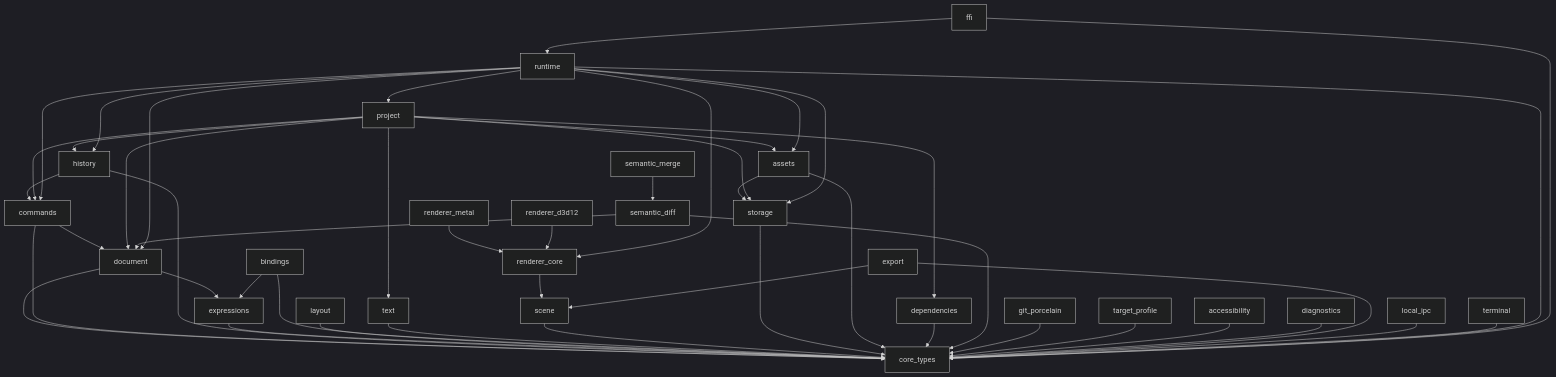
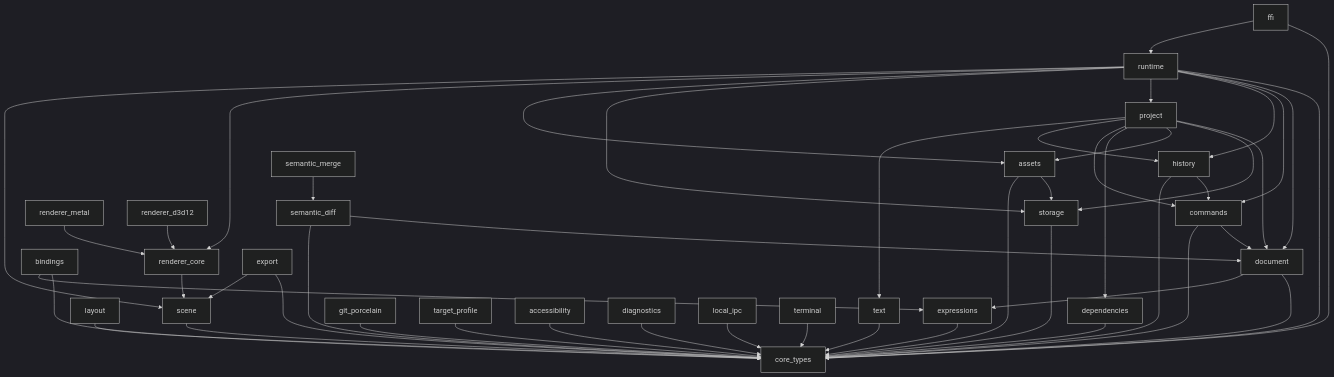
The diagram in docs/architecture/crate-dependency-graph.md (taeyoon0137/project-stellar), drawn with Mermaid (dark theme) before and after one commit. The commit also changed other lines of this file and 21 other files, not shown here.

````diff
--- a/docs/architecture/crate-dependency-graph.md
+++ b/docs/architecture/crate-dependency-graph.md
@@ -41,50 +41,51 @@
 ```mermaid
 graph TD
   document --> core_types
   document --> expressions
   commands --> document
   commands --> core_types
   history --> commands
   history --> core_types
   expressions --> core_types
   bindings --> core_types
   bindings --> expressions
   layout --> core_types
   text --> core_types
   scene --> core_types
   renderer_core --> scene
   renderer_metal --> renderer_core
   renderer_d3d12 --> renderer_core
   storage --> core_types
   assets --> storage
   assets --> core_types
   dependencies --> core_types
   project --> document
   project --> storage
   project --> assets
   project --> dependencies
   project --> commands
   project --> history
   project --> text
   semantic_diff --> document
   semantic_diff --> core_types
   semantic_merge --> semantic_diff
   git_porcelain --> core_types
   target_profile --> core_types
   accessibility --> core_types
   diagnostics --> core_types
   export --> core_types
   local_ipc --> core_types
   export --> scene
   terminal --> core_types
   runtime --> core_types
   runtime --> document
   runtime --> commands
   runtime --> history
   runtime --> project
   runtime --> storage
   runtime --> assets
   runtime --> renderer_core
+  runtime --> scene
   ffi --> core_types
   ffi --> runtime
 ```
````
